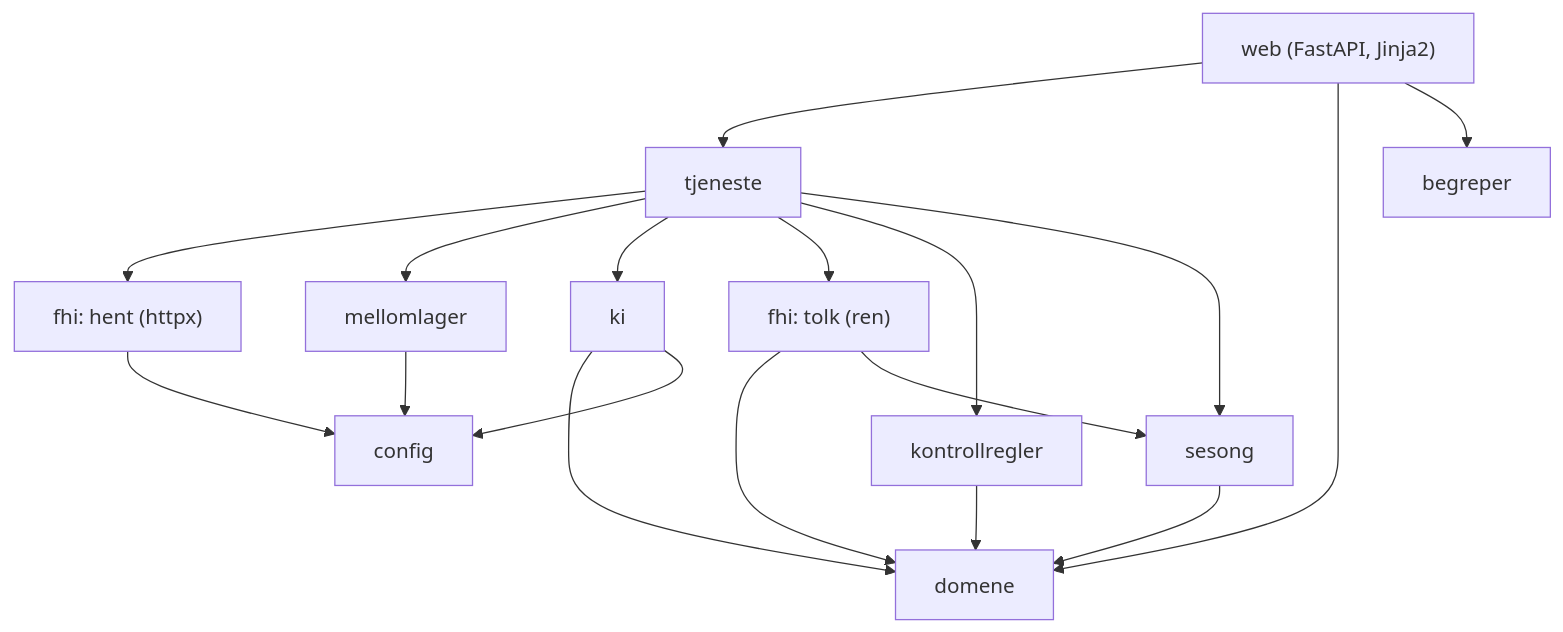
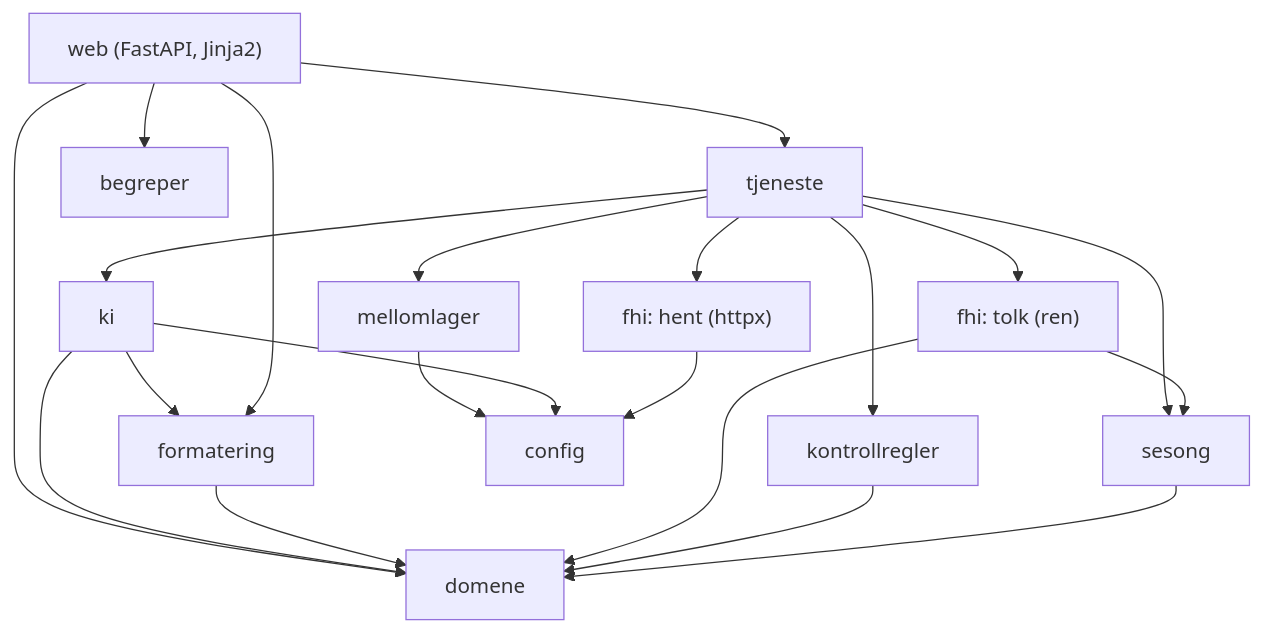
Before and after one commit to IBE160-2026/G63-zumbo: the first of 2 diagrams in _bmad-output/planning-artifacts/architecture/architecture.md, drawn with Mermaid. The commit also changed other lines of this file, not shown here.

Commit message:
Arkitektur: formateringen står i formatering.py og brukes av web og ki

````diff
--- a/_bmad-output/planning-artifacts/architecture/architecture.md
+++ b/_bmad-output/planning-artifacts/architecture/architecture.md
@@ -46,20 +46,23 @@
 ```mermaid
 flowchart TD
     web["web (FastAPI, Jinja2)"] --> tjeneste
     web --> domene
     web --> begreper
     tjeneste --> fhi_hent["fhi: hent (httpx)"]
     tjeneste --> mellomlager
     tjeneste --> ki
     tjeneste --> fhi_tolk["fhi: tolk (ren)"]
     tjeneste --> kontrollregler
     tjeneste --> sesong
     ki --> domene
+    ki --> formatering
+    web --> formatering
+    formatering --> domene
     fhi_tolk --> domene
     fhi_tolk --> sesong
     kontrollregler --> domene
     sesong --> domene
     mellomlager --> config
     ki --> config
     fhi_hent --> config
 ```
````
